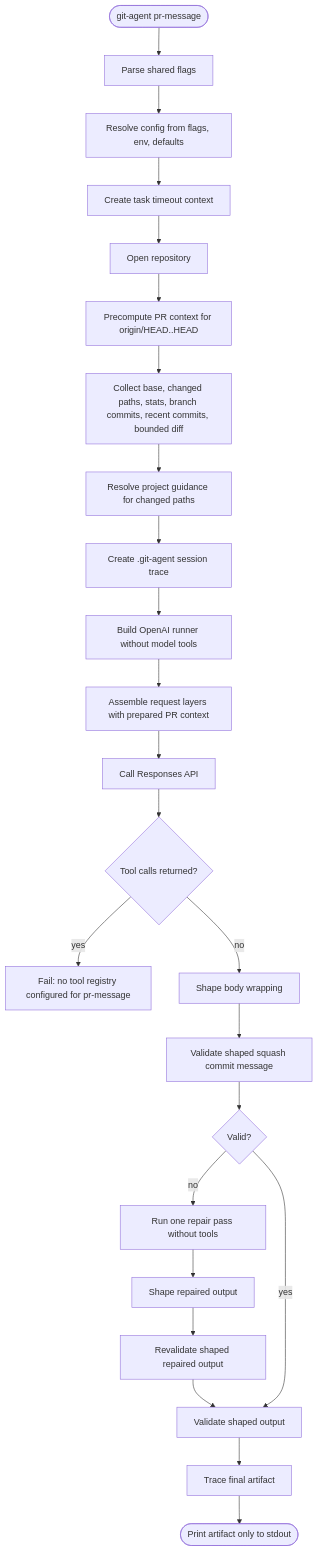
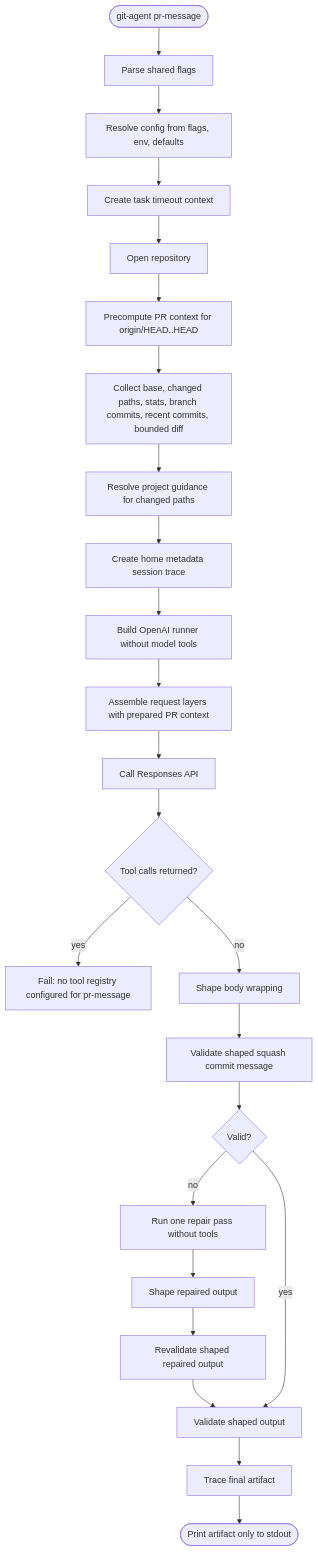
One commit to yusing/git-agent changed the fourth of 5 diagrams in docs/spec.md. Above: the diagram before and after it, drawn with Mermaid. The commit also changed other lines of this file and 9 other files, not shown here.

First line of the commit message:
feat(cli): store project metadata under home directory

````diff
--- a/docs/spec.md
+++ b/docs/spec.md
@@ -595,26 +601,26 @@
 ```mermaid
 flowchart TD
     Start([git-agent pr-message]) --> Parse[Parse shared flags]
     Parse --> Resolve[Resolve config from flags, env, defaults]
     Resolve --> Timeout[Create task timeout context]
     Timeout --> OpenRepo[Open repository]
     OpenRepo --> Prepare[Precompute PR context for origin/HEAD..HEAD]
     Prepare --> Evidence[Collect base, changed paths, stats, branch commits, recent commits, bounded diff]
     Evidence --> Guidance[Resolve project guidance for changed paths]
-    Guidance --> Trace[Create .git-agent session trace]
+    Guidance --> Trace[Create home metadata session trace]
     Trace --> Runner[Build OpenAI runner without model tools]
     Runner --> Request[Assemble request layers with prepared PR context]
     Request --> Model[Call Responses API]
     Model --> ToolGuard{Tool calls returned?}
     ToolGuard -- yes --> Error[Fail: no tool registry configured for pr-message]
     ToolGuard -- no --> Shape[Shape body wrapping]
     Shape --> Validate[Validate shaped squash commit message]
     Validate --> Valid{Valid?}
     Valid -- no --> Repair[Run one repair pass without tools]
     Repair --> Reshape[Shape repaired output]
     Reshape --> Revalidate[Revalidate shaped repaired output]
     Revalidate --> FinalValidate
     Valid -- yes --> FinalValidate[Validate shaped output]
     FinalValidate --> FinalTrace[Trace final artifact]
     FinalTrace --> Stdout([Print artifact only to stdout])
 ```
````
